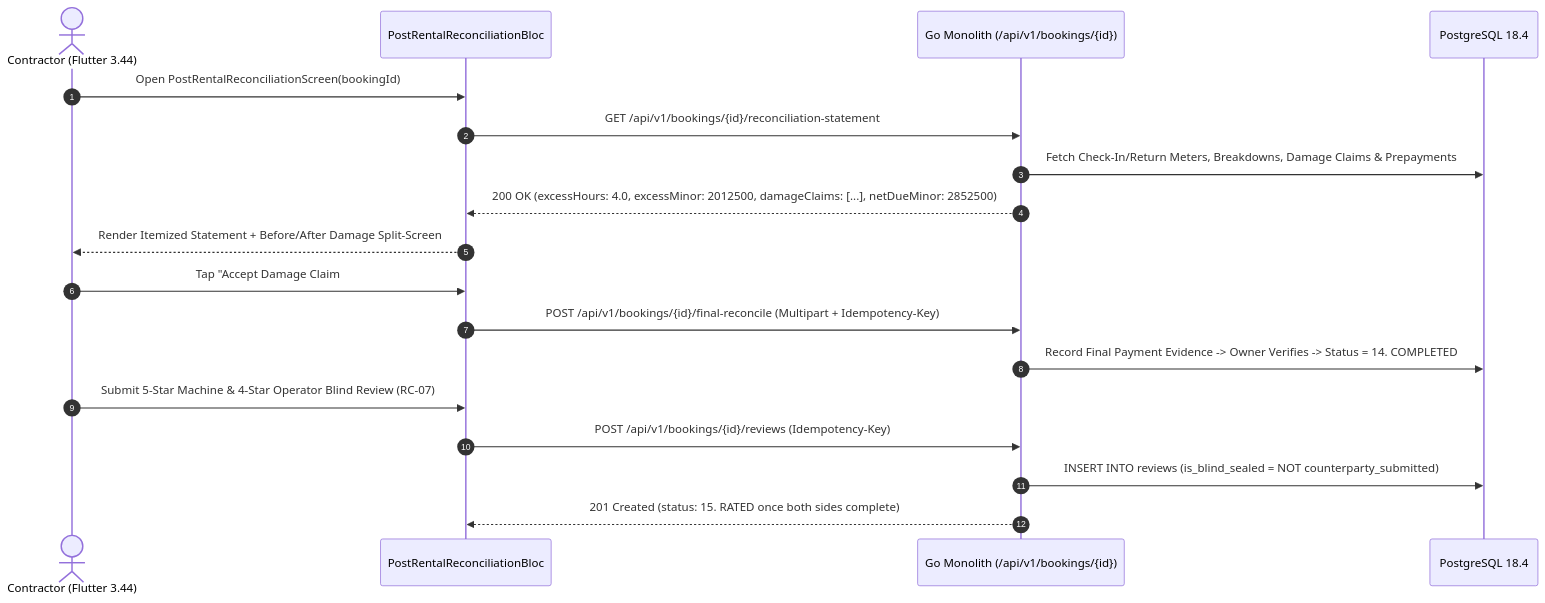
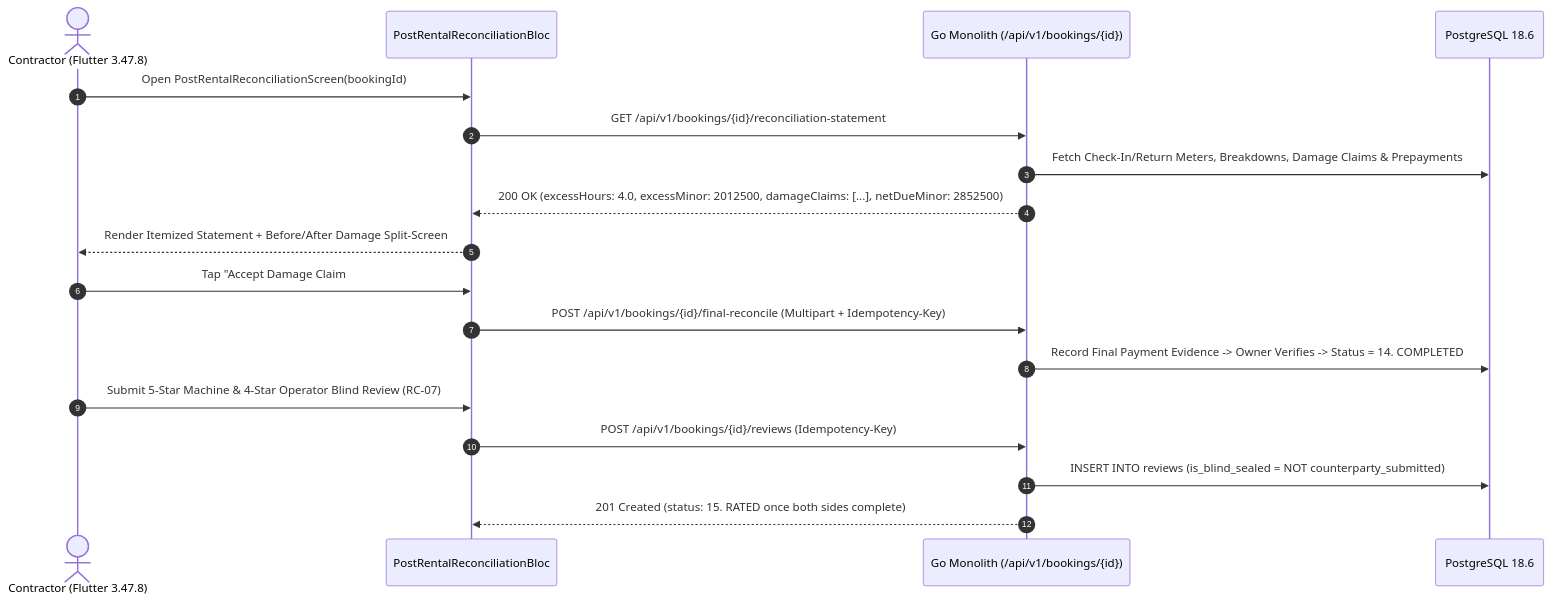
Before and after one commit to YDink/Heavy-Machinery-Logistics-Rental: the second of 2 diagrams in docs/mobile/renter-experience/14-post-rental-reconciliation-mutual-rating.md, drawn with Mermaid. The commit also changed other lines of this file and 212 other files, not shown here.

````diff
--- a/docs/mobile/renter-experience/14-post-rental-reconciliation-mutual-rating.md
+++ b/docs/mobile/renter-experience/14-post-rental-reconciliation-mutual-rating.md
@@ -129,21 +129,21 @@
 ```mermaid
 sequenceDiagram
     autonumber
-    actor Renter as Contractor (Flutter 3.44)
+    actor Renter as Contractor (Flutter 3.47.8)
     participant RecBloc as PostRentalReconciliationBloc
     participant API as Go Monolith (/api/v1/bookings/{id})
-    participant PG as PostgreSQL 18.4
+    participant PG as PostgreSQL 18.6
 
     Renter->>RecBloc: Open PostRentalReconciliationScreen(bookingId)
     RecBloc->>API: GET /api/v1/bookings/{id}/reconciliation-statement
     API->>PG: Fetch Check-In/Return Meters, Breakdowns, Damage Claims & Prepayments
     API-->>RecBloc: 200 OK (excessHours: 4.0, excessMinor: 2012500, damageClaims: [...], netDueMinor: 2852500)
     RecBloc-->>Renter: Render Itemized Statement + Before/After Damage Split-Screen
     Renter->>RecBloc: Tap "Accept Damage Claim #DMG-902" & Upload Final Wire Slip (ETB 28,525.00)
     RecBloc->>API: POST /api/v1/bookings/{id}/final-reconcile (Multipart + Idempotency-Key)
     API->>PG: Record Final Payment Evidence -> Owner Verifies -> Status = 14. COMPLETED
     Renter->>RecBloc: Submit 5-Star Machine & 4-Star Operator Blind Review (RC-07)
     RecBloc->>API: POST /api/v1/bookings/{id}/reviews (Idempotency-Key)
     API->>PG: INSERT INTO reviews (is_blind_sealed = NOT counterparty_submitted)
     API-->>RecBloc: 201 Created (status: 15. RATED once both sides complete)
 ```
````
